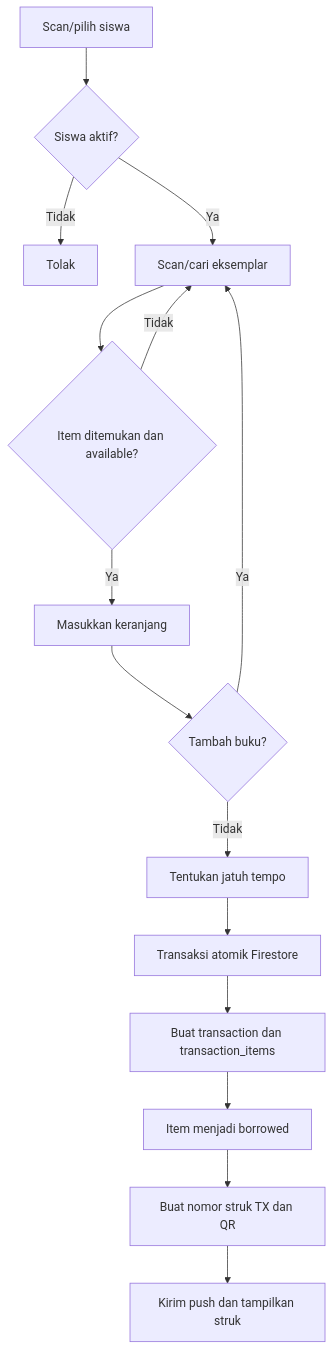
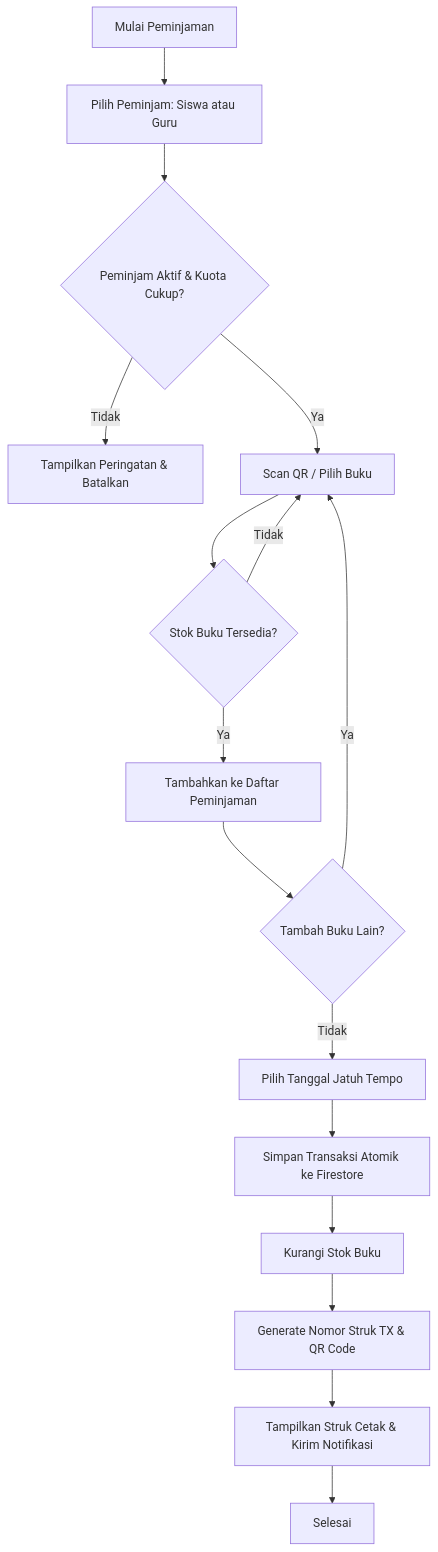
One commit to karinatantri/Perpustakaan changed the tenth of 16 diagrams in Readme.md. Above: the diagram before and after it, drawn with Mermaid. The commit also changed other lines of this file and 27 other files, not shown here.

````diff
--- a/Readme.md
+++ b/Readme.md
@@ -467,17 +583,18 @@
 ```mermaid
 flowchart TD
-  A[Scan/pilih siswa] --> B{Siswa aktif?}
-  B -- Tidak --> X[Tolak]
-  B -- Ya --> C[Scan/cari eksemplar]
-  C --> D{Item ditemukan dan available?}
-  D -- Tidak --> C
-  D -- Ya --> E[Masukkan keranjang]
-  E --> F{Tambah buku?}
-  F -- Ya --> C
-  F -- Tidak --> G[Tentukan jatuh tempo]
-  G --> H[Transaksi atomik Firestore]
-  H --> I[Buat transaction dan transaction_items]
-  I --> J[Item menjadi borrowed]
-  J --> K[Buat nomor struk TX dan QR]
-  K --> L[Kirim push dan tampilkan struk]
+  A["Mulai Peminjaman"] --> B["Pilih Peminjam: Siswa atau Guru"]
+  B --> C{"Peminjam Aktif & Kuota Cukup?"}
+  C -- Tidak --> X["Tampilkan Peringatan & Batalkan"]
+  C -- Ya --> D["Scan QR / Pilih Buku"]
+  D --> E{"Stok Buku Tersedia?"}
+  E -- Tidak --> D
+  E -- Ya --> F["Tambahkan ke Daftar Peminjaman"]
+  F --> G{"Tambah Buku Lain?"}
+  G -- Ya --> D
+  G -- Tidak --> H["Pilih Tanggal Jatuh Tempo"]
+  H --> I["Simpan Transaksi Atomik ke Firestore"]
+  I --> J["Kurangi Stok Buku"]
+  J --> K["Generate Nomor Struk TX & QR Code"]
+  K --> L["Tampilkan Struk Cetak & Kirim Notifikasi"]
+  L --> M["Selesai"]
 ```
````
